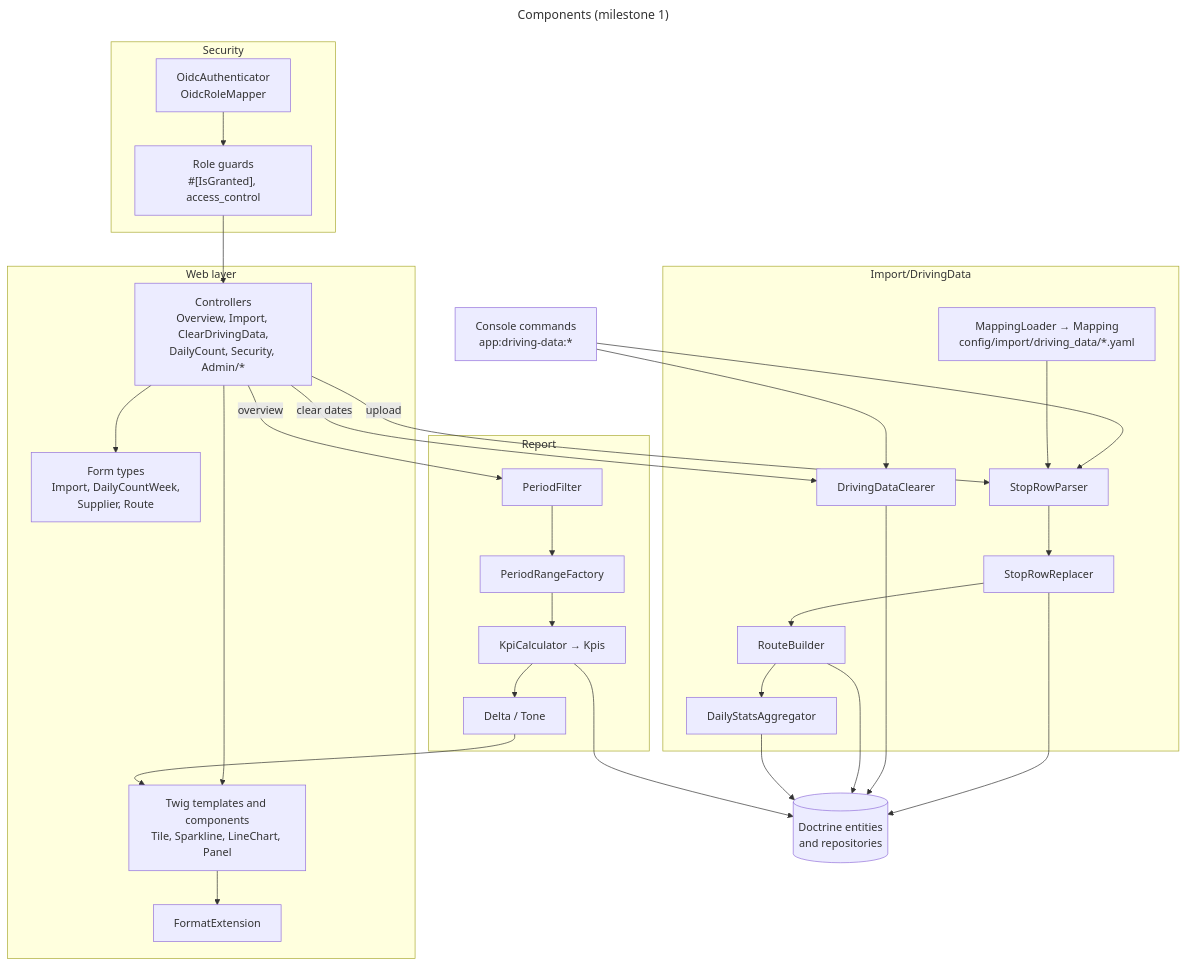
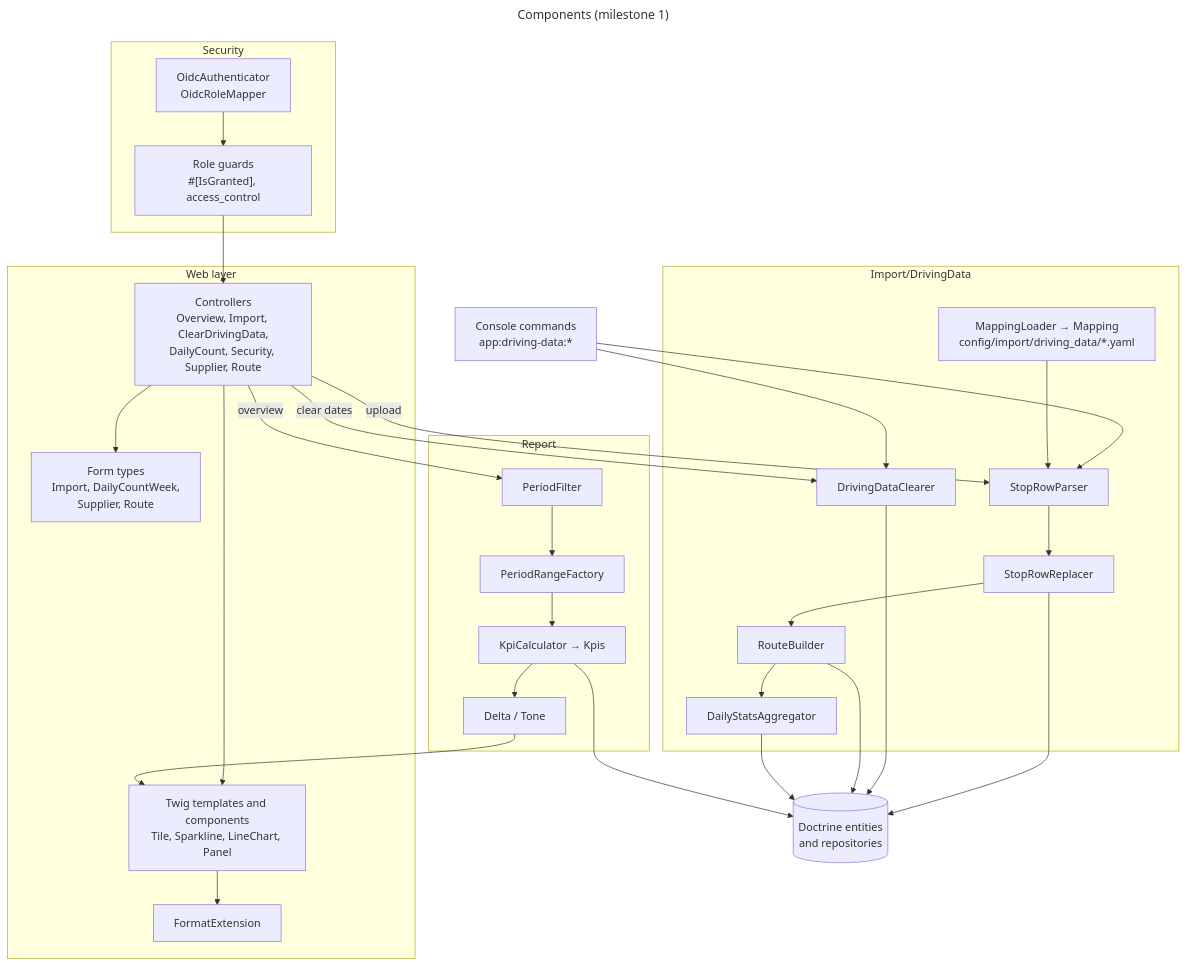
Before and after one commit to itk-dev/koerselsoverblik: the diagram in docs/diagrams/components.mmd, drawn with Mermaid. The commit also changed 7 other files, not shown here.

```diff
--- a/docs/diagrams/components.mmd
+++ b/docs/diagrams/components.mmd
@@ -1,55 +1,55 @@
 ---
 title: Components (milestone 1)
 ---
 flowchart TB
     subgraph web["Web layer"]
-        controllers["Controllers<br/>Overview, Import, ClearDrivingData,<br/>DailyCount, Security, Admin/*"]
+        controllers["Controllers<br/>Overview, Import, ClearDrivingData,<br/>DailyCount, Security, Supplier, Route"]
         forms["Form types<br/>Import, DailyCountWeek,<br/>Supplier, Route"]
         twig["Twig templates and components<br/>Tile, Sparkline, LineChart, Panel"]
         format["FormatExtension"]
     end
 
     subgraph security["Security"]
         authenticators["OidcAuthenticator<br/>OidcRoleMapper"]
         guards["Role guards<br/>#[IsGranted], access_control"]
     end
 
     subgraph import["Import/DrivingData"]
         mapping["MappingLoader → Mapping<br/>config/import/driving_data/*.yaml"]
         parser["StopRowParser"]
         replacer["StopRowReplacer"]
         builder["RouteBuilder"]
         aggregator["DailyStatsAggregator"]
         clearer["DrivingDataClearer"]
     end
 
     subgraph report["Report"]
         filter["PeriodFilter"]
         periods["PeriodRangeFactory"]
         kpi["KpiCalculator → Kpis"]
         delta["Delta / Tone"]
     end
 
     commands["Console commands<br/>app:driving-data:*"]
     repositories[("Doctrine entities<br/>and repositories")]
 
     controllers --> forms
     controllers --> twig
     twig --> format
     guards --> controllers
     authenticators --> guards
 
     controllers -- "upload" --> parser
     commands --> parser
     mapping --> parser
     parser --> replacer --> builder --> aggregator
     replacer --> repositories
     controllers -- "clear dates" --> clearer
     commands --> clearer
     clearer --> repositories
     builder --> repositories
     aggregator --> repositories
 
     controllers -- "overview" --> filter --> periods --> kpi
     kpi --> repositories
     kpi --> delta --> twig
```
